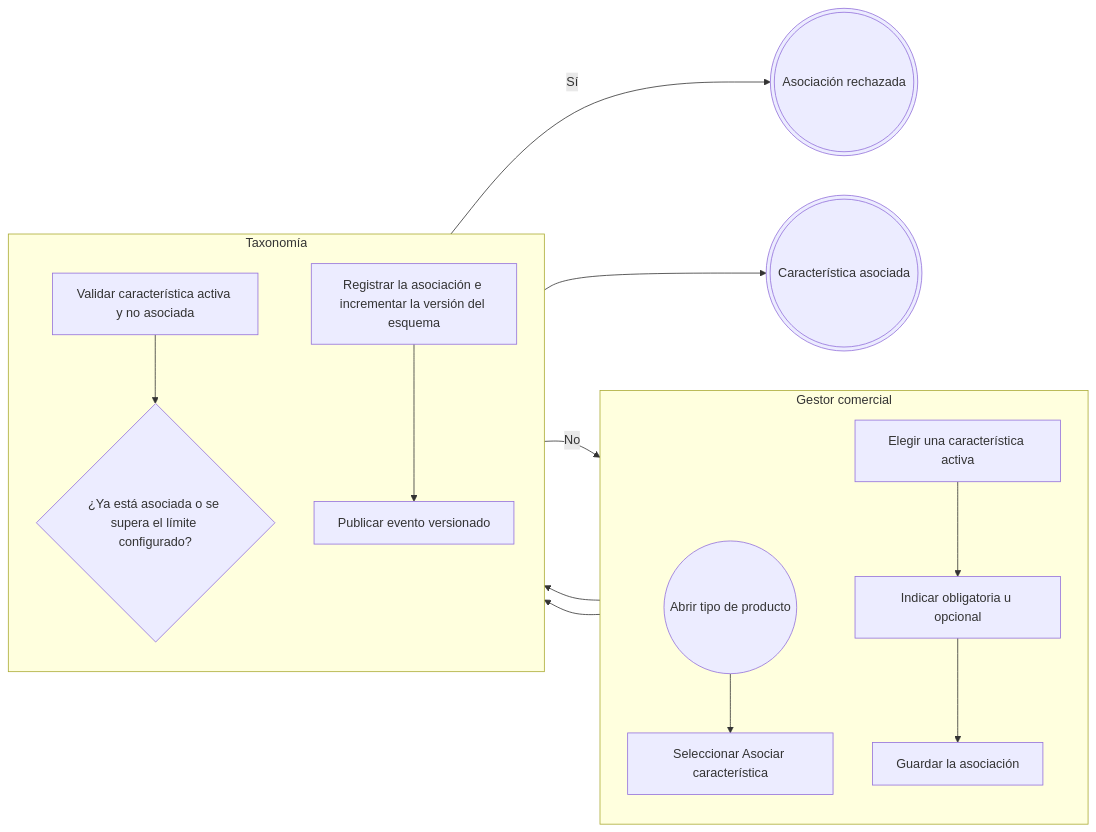
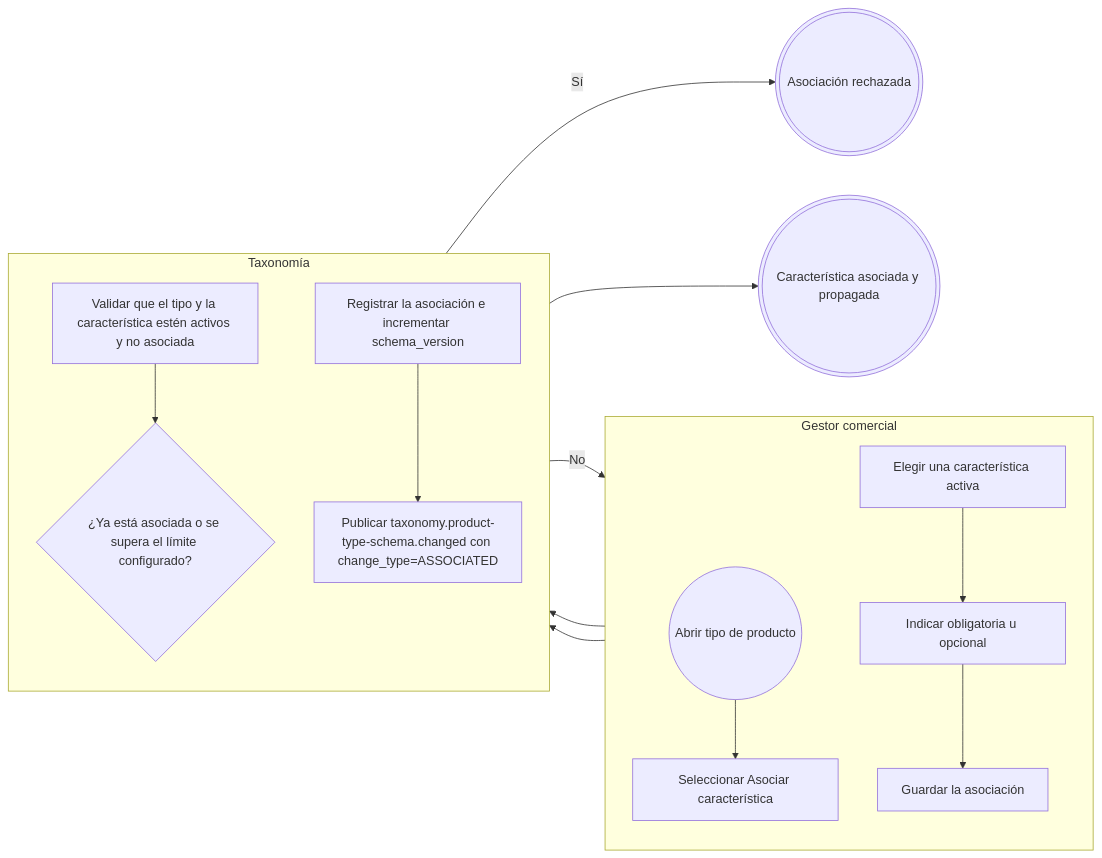
One commit to Taller-SW-Web/G6-Productos-Ofertas-docs changed the second of 7 diagrams in flujos/FLOW-010-asociacion-tipo-producto-caracteristica.md. Above: the diagram before and after it, drawn with Mermaid. The commit also changed other lines of this file and 18 other files, not shown here.

````diff
--- a/flujos/FLOW-010-asociacion-tipo-producto-caracteristica.md
+++ b/flujos/FLOW-010-asociacion-tipo-producto-caracteristica.md
@@ -64,34 +64,34 @@
 ```mermaid
 flowchart LR
 
     subgraph GESTOR["Gestor comercial"]
         direction TB
         INICIO((Abrir tipo de producto))
         G1["Seleccionar Asociar característica"]
         G2["Elegir una característica activa"]
         G3["Indicar obligatoria u opcional"]
         G4["Guardar la asociación"]
     end
 
     subgraph TAXONOMIA["Taxonomía"]
         direction TB
-        T1["Validar característica activa y no asociada"]
+        T1["Validar que el tipo y la característica estén activos y no asociada"]
         D1{"¿Ya está asociada o se supera el límite configurado?"}
-        T2["Registrar la asociación e incrementar la versión del esquema"]
-        T3["Publicar evento versionado"]
+        T2["Registrar la asociación e incrementar schema_version"]
+        T3["Publicar taxonomy.product-type-schema.changed con change_type=ASSOCIATED"]
     end
 
-    FIN_ASOCIADA(((Característica asociada)))
+    FIN_ASOCIADA(((Característica asociada y propagada)))
     FIN_RECHAZADA(((Asociación rechazada)))
 
     INICIO --> G1
     G1 --> T1
     T1 --> D1
     D1 -->|"Sí"| FIN_RECHAZADA
     D1 -->|"No"| G2
     G2 --> G3
     G3 --> G4
     G4 --> T2
     T2 --> T3
     T3 --> FIN_ASOCIADA
 ```
````
